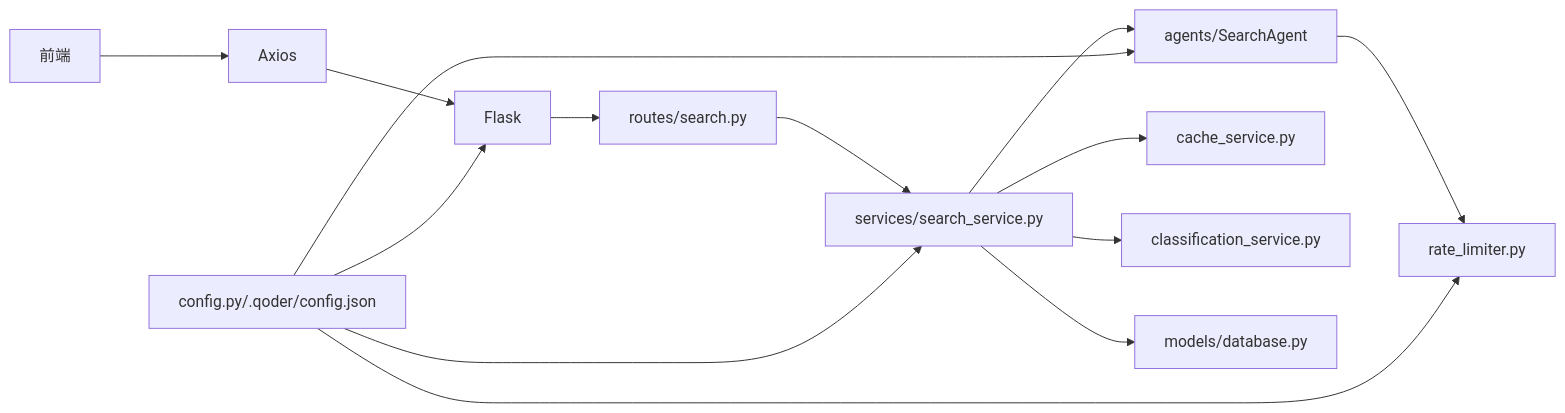
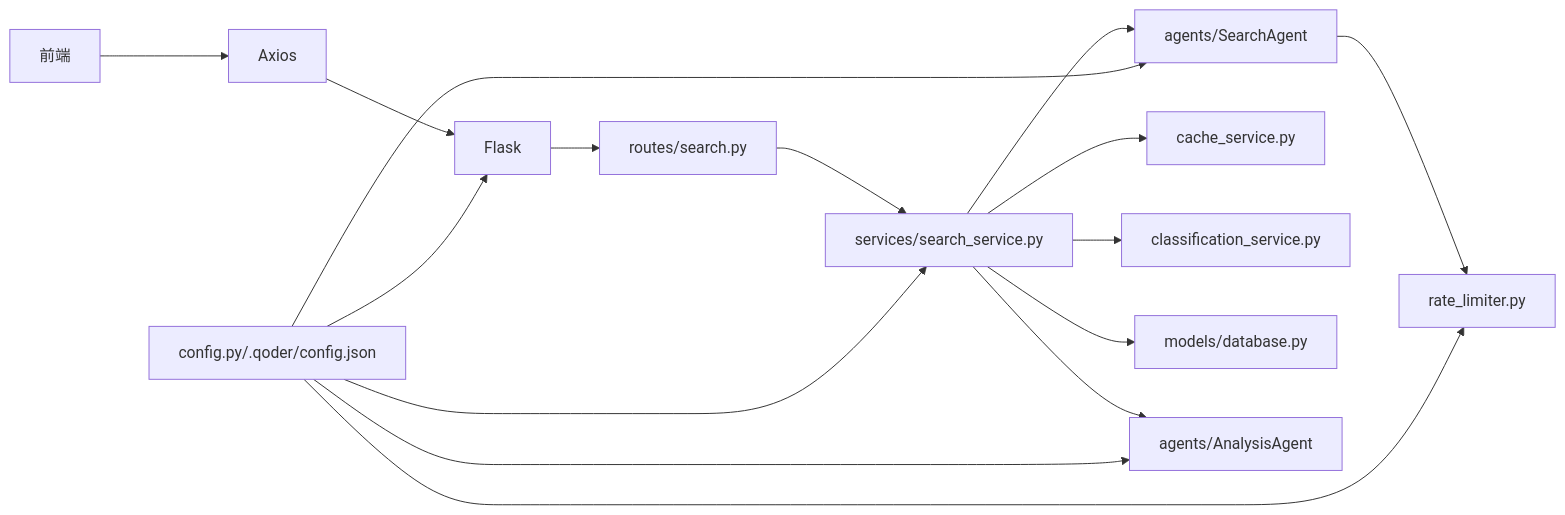
Before and after one commit to wangdy21/search_is_all_you_need: the eighth of 8 diagrams in .qoder/repowiki/zh/content/AI代理系统/搜索代理.md, drawn with Mermaid. The commit also changed other lines of this file and 11 other files, not shown here.

````diff
--- a/.qoder/repowiki/zh/content/AI代理系统/搜索代理.md
+++ b/.qoder/repowiki/zh/content/AI代理系统/搜索代理.md
@@ -340,16 +417,18 @@
 ```mermaid
 graph LR
 FE["前端"] --> API["Axios"]
 API --> APP["Flask"]
 APP --> ROUTE["routes/search.py"]
 ROUTE --> SVC["services/search_service.py"]
 SVC --> AG["agents/SearchAgent"]
 SVC --> CACHE["cache_service.py"]
 SVC --> CLASS["classification_service.py"]
 SVC --> DB["models/database.py"]
 AG --> RL["rate_limiter.py"]
+SVC --> AA["agents/AnalysisAgent"]
 CFG["config.py/.qoder/config.json"] --> APP
 CFG --> SVC
 CFG --> AG
 CFG --> RL
+CFG --> AA
 ```
````
